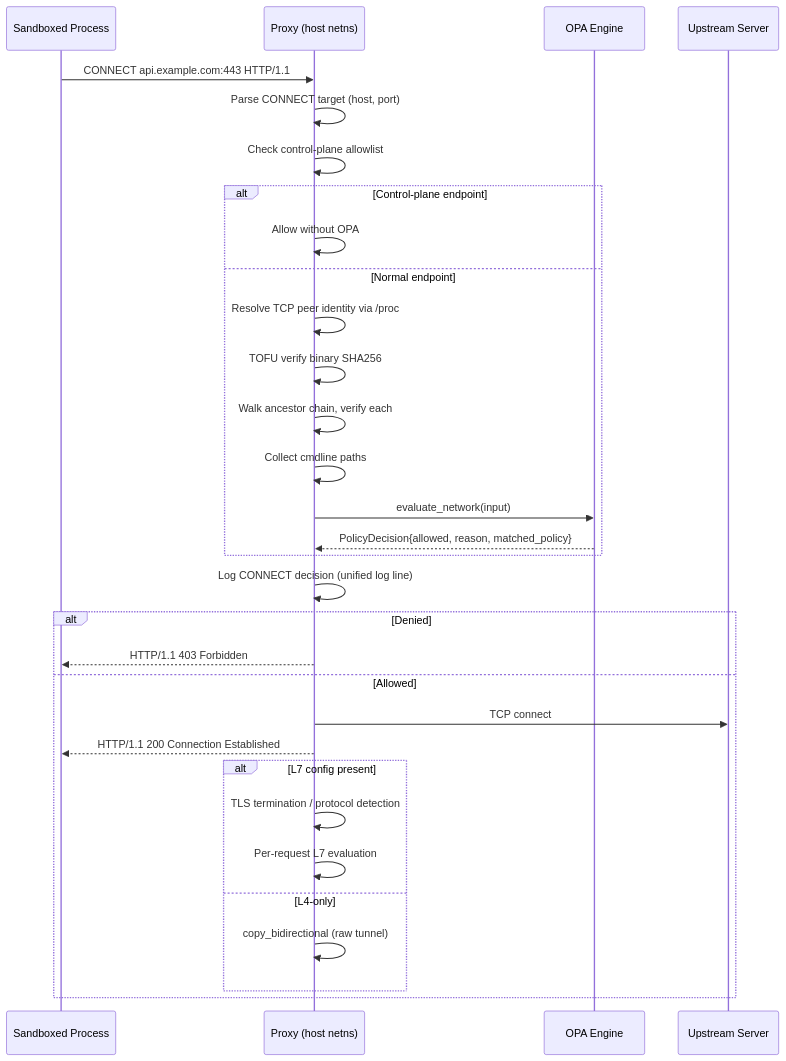
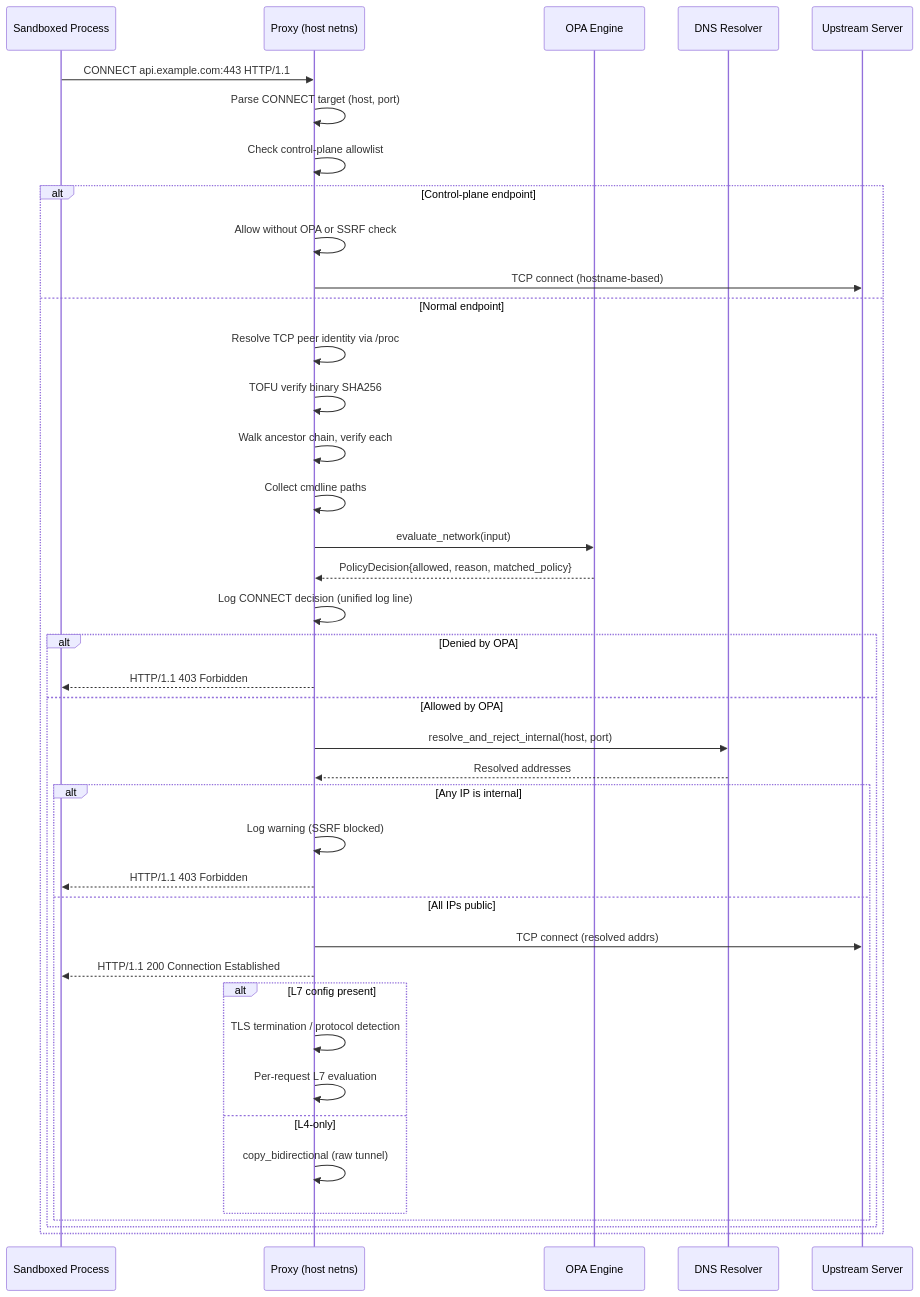
The third of 6 diagrams in architecture/sandbox.md (NVIDIA/OpenShell), drawn with Mermaid before and after one commit. The commit also changed other lines of this file and 5 other files, not shown here.

First line of the commit message:
fix(security): reject CONNECT to internal IPs (SSRF defense-in-depth) (!37)

````diff
--- a/architecture/sandbox.md
+++ b/architecture/sandbox.md
@@ -352,34 +352,43 @@
 ```mermaid
 sequenceDiagram
     participant S as Sandboxed Process
     participant P as Proxy (host netns)
     participant O as OPA Engine
+    participant DNS as DNS Resolver
     participant U as Upstream Server
 
     S->>P: CONNECT api.example.com:443 HTTP/1.1
     P->>P: Parse CONNECT target (host, port)
     P->>P: Check control-plane allowlist
     alt Control-plane endpoint
-        P->>P: Allow without OPA
+        P->>P: Allow without OPA or SSRF check
+        P->>U: TCP connect (hostname-based)
     else Normal endpoint
         P->>P: Resolve TCP peer identity via /proc
         P->>P: TOFU verify binary SHA256
         P->>P: Walk ancestor chain, verify each
         P->>P: Collect cmdline paths
         P->>O: evaluate_network(input)
         O-->>P: PolicyDecision{allowed, reason, matched_policy}
-    end
-    P->>P: Log CONNECT decision (unified log line)
-    alt Denied
-        P-->>S: HTTP/1.1 403 Forbidden
-    else Allowed
-        P->>U: TCP connect
-        P-->>S: HTTP/1.1 200 Connection Established
-        alt L7 config present
-            P->>P: TLS termination / protocol detection
-            P->>P: Per-request L7 evaluation
-        else L4-only
-            P->>P: copy_bidirectional (raw tunnel)
+        P->>P: Log CONNECT decision (unified log line)
+        alt Denied by OPA
+            P-->>S: HTTP/1.1 403 Forbidden
+        else Allowed by OPA
+            P->>DNS: resolve_and_reject_internal(host, port)
+            DNS-->>P: Resolved addresses
+            alt Any IP is internal
+                P->>P: Log warning (SSRF blocked)
+                P-->>S: HTTP/1.1 403 Forbidden
+            else All IPs public
+                P->>U: TCP connect (resolved addrs)
+                P-->>S: HTTP/1.1 200 Connection Established
+                alt L7 config present
+                    P->>P: TLS termination / protocol detection
+                    P->>P: Per-request L7 evaluation
+                else L4-only
+                    P->>P: copy_bidirectional (raw tunnel)
+                end
+            end
         end
     end
 ```
````
